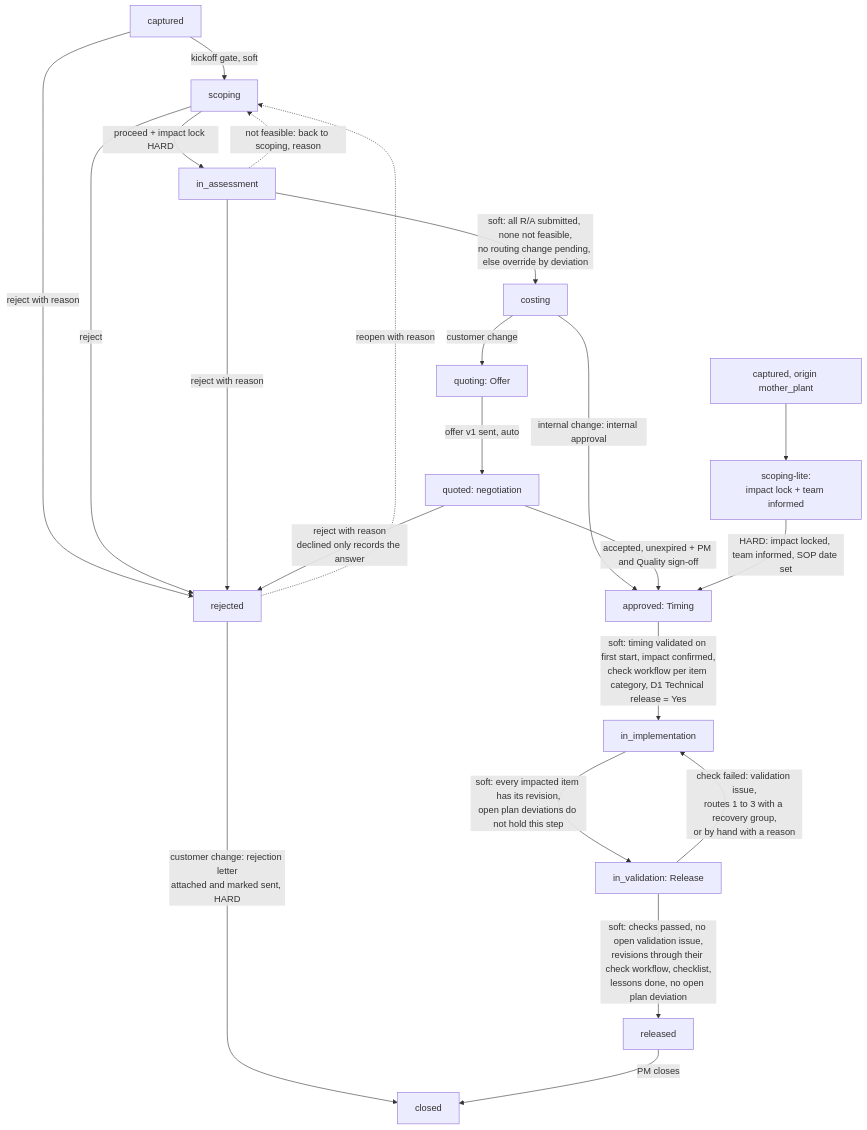
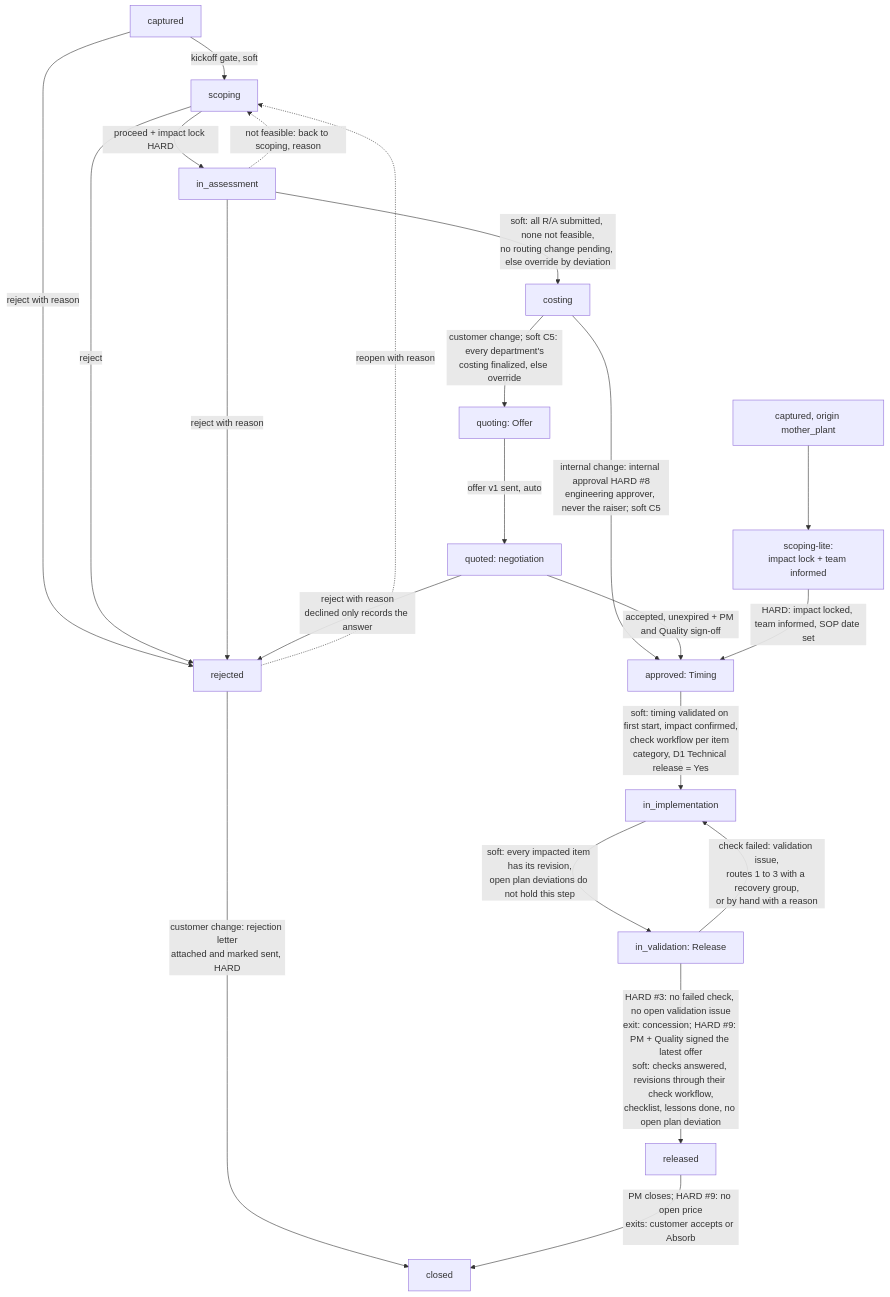
The diagram in docs/CHANGE_MANAGEMENT_FLOW.md (chremmler777/PLM2), drawn with Mermaid before and after one commit. The commit also changed other lines of this file and 4 other files, not shown here.

First line of the commit message:
docs(ecr-solid): HARD and SOFT gates, Override per rule, C5, Absorb

````diff
--- a/docs/CHANGE_MANAGEMENT_FLOW.md
+++ b/docs/CHANGE_MANAGEMENT_FLOW.md
@@ -45,24 +45,24 @@
 ```mermaid
 flowchart TD
     A[captured] -->|kickoff gate, soft| B[scoping]
     A -->|reject with reason| X[rejected]
     B -->|proceed + impact lock HARD| C[in_assessment]
     B -->|reject| X
     C -->|reject with reason| X
     C -.->|not feasible: back to scoping, reason| B
     C -->|soft: all R/A submitted, none not feasible,<br/>no routing change pending, else override by deviation| D[costing]
-    D -->|customer change| E[quoting: Offer]
-    D -->|internal change: internal approval| H
+    D -->|customer change; soft C5: every department's<br/>costing finalized, else override| E[quoting: Offer]
+    D -->|internal change: internal approval HARD #8<br/>engineering approver, never the raiser; soft C5| H
     E -->|offer v1 sent, auto| F[quoted: negotiation]
     F -->|reject with reason<br/>declined only records the answer| X
     X -->|customer change: rejection letter<br/>attached and marked sent, HARD| M
     X -.->|reopen with reason| B
     F -->|accepted, unexpired + PM and Quality sign-off| H[approved: Timing]
     H -->|soft: timing validated on first start, impact confirmed,<br/>check workflow per item category, D1 Technical release = Yes| I[in_implementation]
     I -->|soft: every impacted item has its revision,<br/>open plan deviations do not hold this step| J[in_validation: Release]
     J -->|check failed: validation issue,<br/>routes 1 to 3 with a recovery group,<br/>or by hand with a reason| I
-    J -->|soft: checks passed, no open validation issue,<br/>revisions through their check workflow, checklist,<br/>lessons done, no open plan deviation| K[released]
-    K -->|PM closes| M[closed]
+    J -->|HARD #3: no failed check, no open validation issue<br/>exit: concession; HARD #9: PM + Quality signed the latest offer<br/>soft: checks answered, revisions through their check workflow,<br/>checklist, lessons done, no open plan deviation| K[released]
+    K -->|PM closes; HARD #9: no open price<br/>exits: customer accepts or Absorb| M[closed]
     MA[captured, origin mother_plant] --> MB[scoping-lite:<br/>impact lock + team informed]
     MB -->|HARD: impact locked, team informed, SOP date set| H
 ```
````
